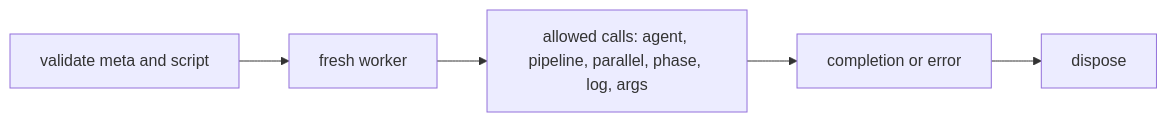
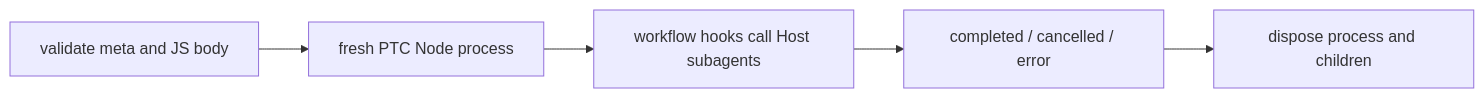
The second of 2 diagrams in docs/deep-dives/subagents-goals-workflows.md (yang0228/deepseek-harness-analysis), drawn with Mermaid before and after one commit. The commit also changed other lines of this file and 35 other files, not shown here.

````diff
--- a/docs/deep-dives/subagents-goals-workflows.md
+++ b/docs/deep-dives/subagents-goals-workflows.md
@@ -103,7 +95,7 @@
 ```mermaid
 flowchart LR
-  A[validate meta and script] --> B[fresh worker]
-  B --> C[allowed calls: agent, pipeline, parallel, phase, log, args]
-  C --> D[completion or error]
-  D --> E[dispose]
+  A[validate meta and JS body] --> B[fresh PTC Node process]
+  B --> C[workflow hooks call Host subagents]
+  C --> D[completed / cancelled / error]
+  D --> E[dispose process and children]
 ```
````
